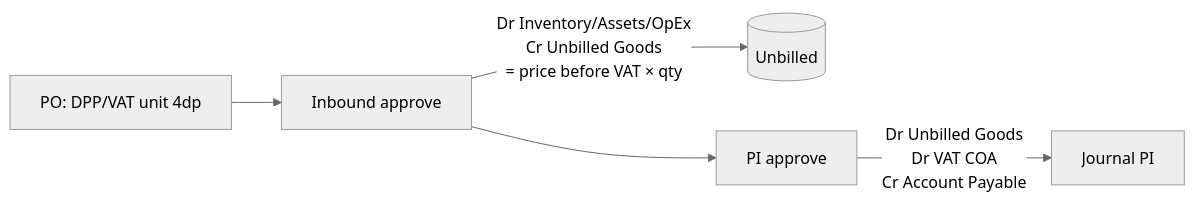
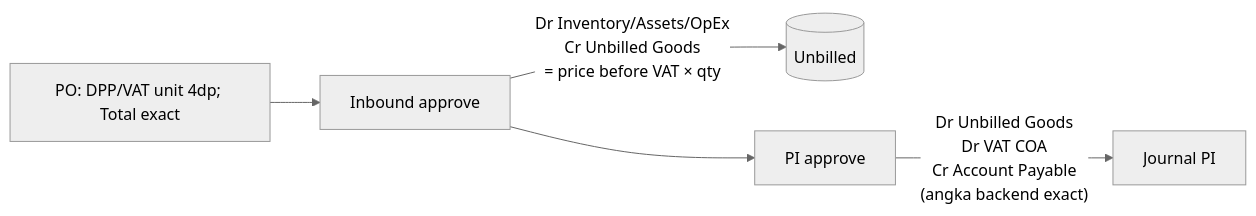
Before and after one commit to yendyr/olshoperp-docs: the third of 4 diagrams in qa-docs/accounting-supplier-invoice/requirement.md, drawn with Mermaid (neutral theme). The commit also changed other lines of this file and 47 other files, not shown here.

````diff
--- a/qa-docs/accounting-supplier-invoice/requirement.md
+++ b/qa-docs/accounting-supplier-invoice/requirement.md
@@ -238,7 +246,7 @@
 ```mermaid
 flowchart LR
-  PO[PO: DPP/VAT unit 4dp] --> GRN[Inbound approve]
+  PO[PO: DPP/VAT unit 4dp; Total exact] --> GRN[Inbound approve]
   GRN -->|"Dr Inventory/Assets/OpEx<br/>Cr Unbilled Goods<br/>= price before VAT × qty"| UB[(Unbilled)]
   GRN --> PI[PI approve]
-  PI -->|"Dr Unbilled Goods<br/>Dr VAT COA<br/>Cr Account Payable"| GL[Journal PI]
+  PI -->|"Dr Unbilled Goods<br/>Dr VAT COA<br/>Cr Account Payable<br/>(angka backend exact)"| GL[Journal PI]
 ```
````
